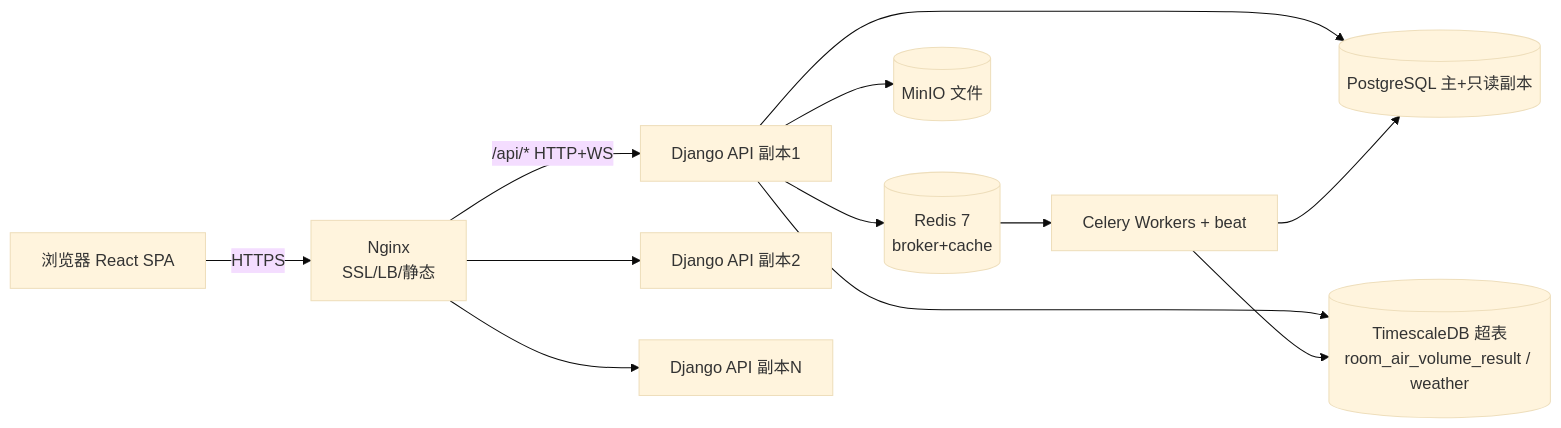
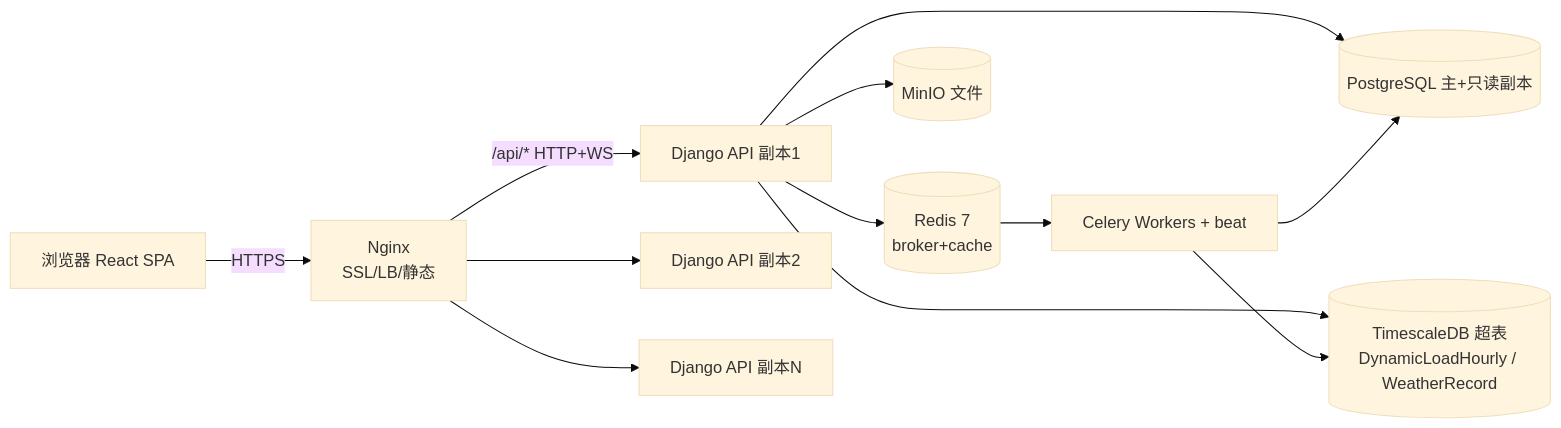
The diagram in 01-系统级-Spec/部署架构.md (lmf112358/pcb_coolsim_v0.5), drawn with Mermaid (base theme) before and after one commit. The commit also changed other lines of this file and 49 other files, not shown here.

````diff
--- a/01-系统级-Spec/部署架构.md
+++ b/01-系统级-Spec/部署架构.md
@@ -58,14 +59,14 @@
 ```mermaid
 flowchart LR
   B[浏览器 React SPA] -->|HTTPS| N[Nginx<br/>SSL/LB/静态]
   N -->|/api/* HTTP+WS| A1[Django API 副本1]
   N --> A2[Django API 副本2]
   N --> AN[Django API 副本N]
   A1 --> PG[(PostgreSQL 主+只读副本)]
-  A1 --> TSDB[(TimescaleDB 超表<br/>room_air_volume_result / weather)]
+  A1 --> TSDB[(TimescaleDB 超表<br/>DynamicLoadHourly / WeatherRecord)]
   A1 --> R[(Redis 7<br/>broker+cache)]
   A1 --> M[(MinIO 文件)]
   R --> CW[Celery Workers + beat]
   CW --> PG
   CW --> TSDB
 ```
````
